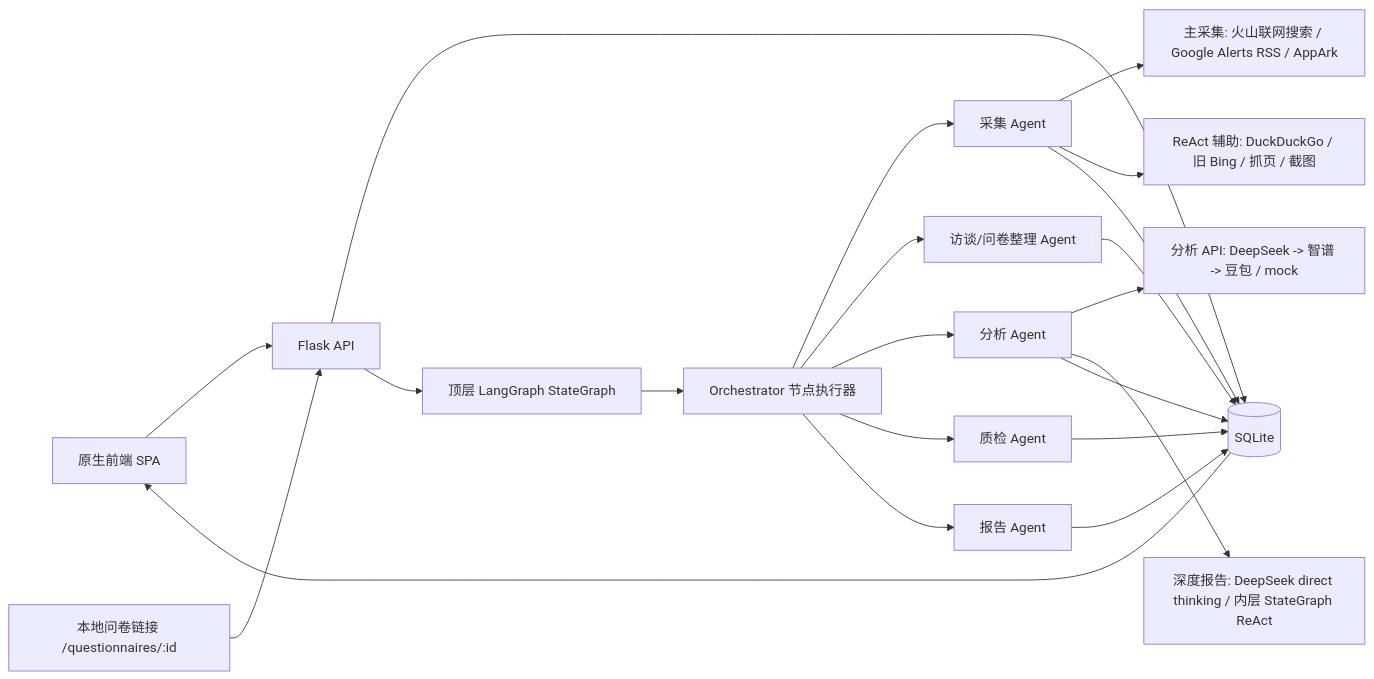
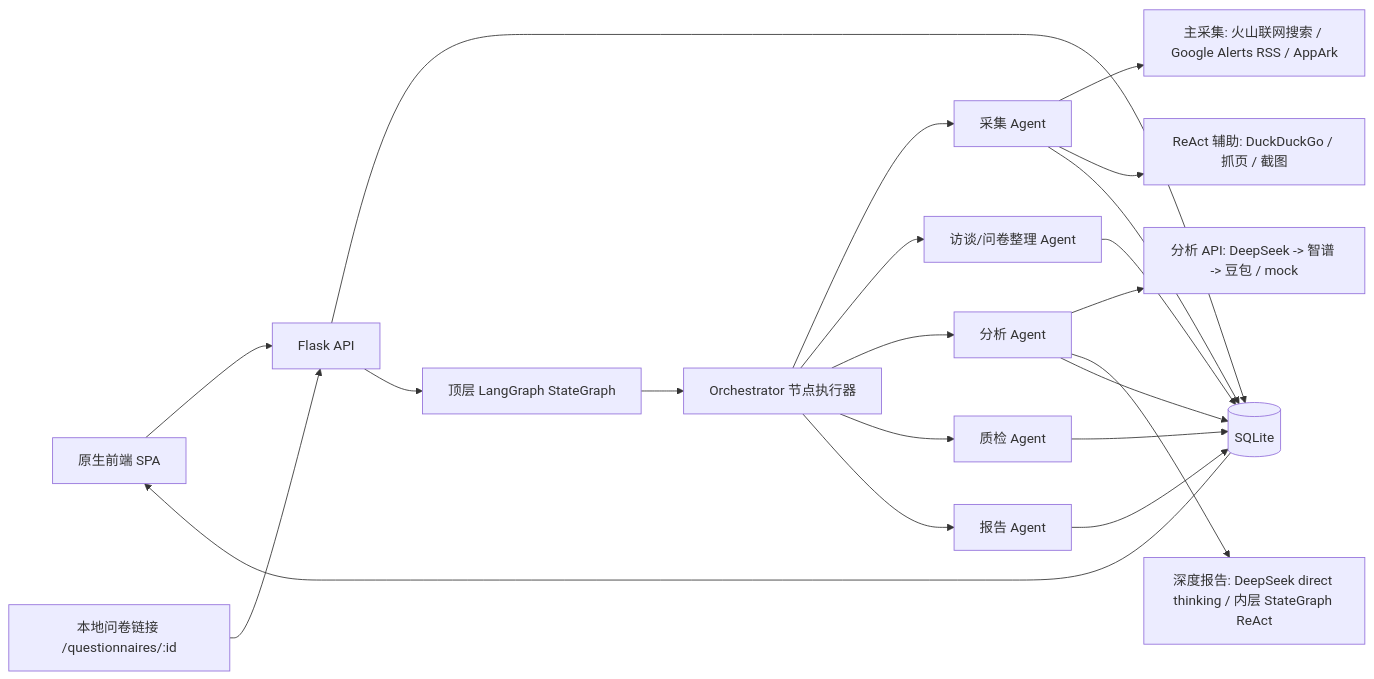
One commit to mowaiwaim/MOSS-competitive-analysis-muti-agent changed the diagram in docs/ARCHITECTURE.md. Above: the diagram before and after it, drawn with Mermaid. The commit also changed 33 other files, not shown here.

````diff
--- a/docs/ARCHITECTURE.md
+++ b/docs/ARCHITECTURE.md
@@ -5,23 +5,23 @@
 ```mermaid
 flowchart LR
   UI["原生前端 SPA"] --> API["Flask API"]
   FORM["本地问卷链接 /questionnaires/:id"] --> API
   API --> DB[("SQLite")]
   API --> WF["顶层 LangGraph StateGraph"]
   WF --> ORCH["Orchestrator 节点执行器"]
   ORCH --> C["采集 Agent"]
   ORCH --> U["访谈/问卷整理 Agent"]
   ORCH --> A["分析 Agent"]
   ORCH --> Q["质检 Agent"]
   ORCH --> R["报告 Agent"]
   C --> SEARCH["主采集: 火山联网搜索 / Google Alerts RSS / AppArk"]
-  C --> AUX["ReAct 辅助: DuckDuckGo / 旧 Bing / 抓页 / 截图"]
+  C --> AUX["ReAct 辅助: DuckDuckGo / 抓页 / 截图"]
   A --> LLM["分析 API: DeepSeek -> 智谱 -> 豆包 / mock"]
   A --> DEEP["深度报告: DeepSeek direct thinking / 内层 StateGraph ReAct"]
   C --> DB
   U --> DB
   A --> DB
   Q --> DB
   R --> DB
   DB --> UI
 ```
````
